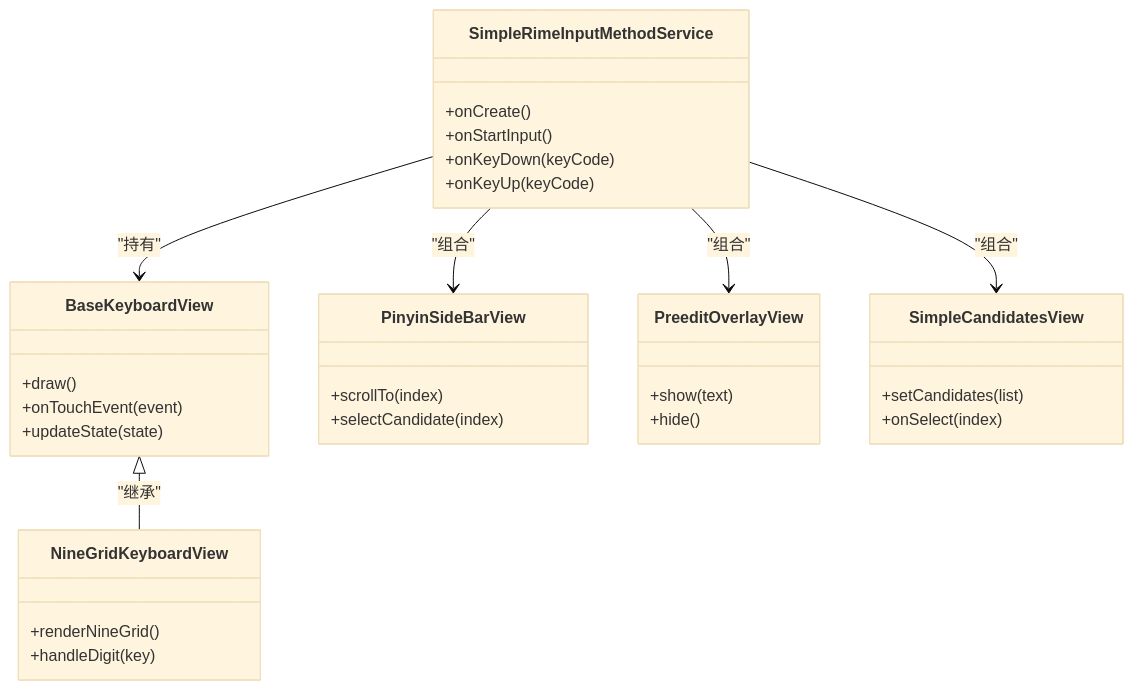
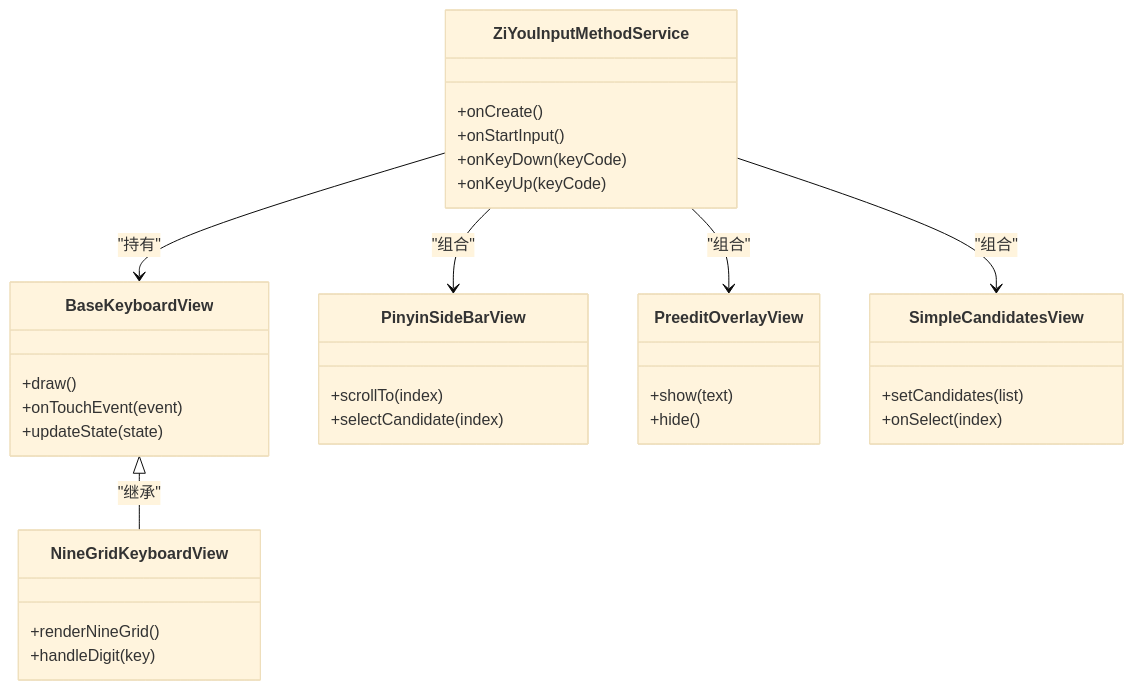
The third of 10 diagrams in .qoder/repowiki/zh/content/项目概览/架构概览.md (qiaodashaoye/ziyou-ime), drawn with Mermaid (base theme) before and after one commit. The commit also changed other lines of this file and 7 other files, not shown here.

````diff
--- a/.qoder/repowiki/zh/content/项目概览/架构概览.md
+++ b/.qoder/repowiki/zh/content/项目概览/架构概览.md
@@ -205,35 +188,35 @@
 ```mermaid
 classDiagram
-class SimpleRimeInputMethodService {
+class ZiYouInputMethodService {
 +onCreate()
 +onStartInput()
 +onKeyDown(keyCode)
 +onKeyUp(keyCode)
 }
 class BaseKeyboardView {
 +draw()
 +onTouchEvent(event)
 +updateState(state)
 }
 class NineGridKeyboardView {
 +renderNineGrid()
 +handleDigit(key)
 }
 class PinyinSideBarView {
 +scrollTo(index)
 +selectCandidate(index)
 }
 class PreeditOverlayView {
 +show(text)
 +hide()
 }
 class SimpleCandidatesView {
 +setCandidates(list)
 +onSelect(index)
 }
-SimpleRimeInputMethodService --> BaseKeyboardView : "持有"
+ZiYouInputMethodService --> BaseKeyboardView : "持有"
 BaseKeyboardView <|-- NineGridKeyboardView : "继承"
-SimpleRimeInputMethodService --> PinyinSideBarView : "组合"
-SimpleRimeInputMethodService --> PreeditOverlayView : "组合"
-SimpleRimeInputMethodService --> SimpleCandidatesView : "组合"
+ZiYouInputMethodService --> PinyinSideBarView : "组合"
+ZiYouInputMethodService --> PreeditOverlayView : "组合"
+ZiYouInputMethodService --> SimpleCandidatesView : "组合"
 ```
````
